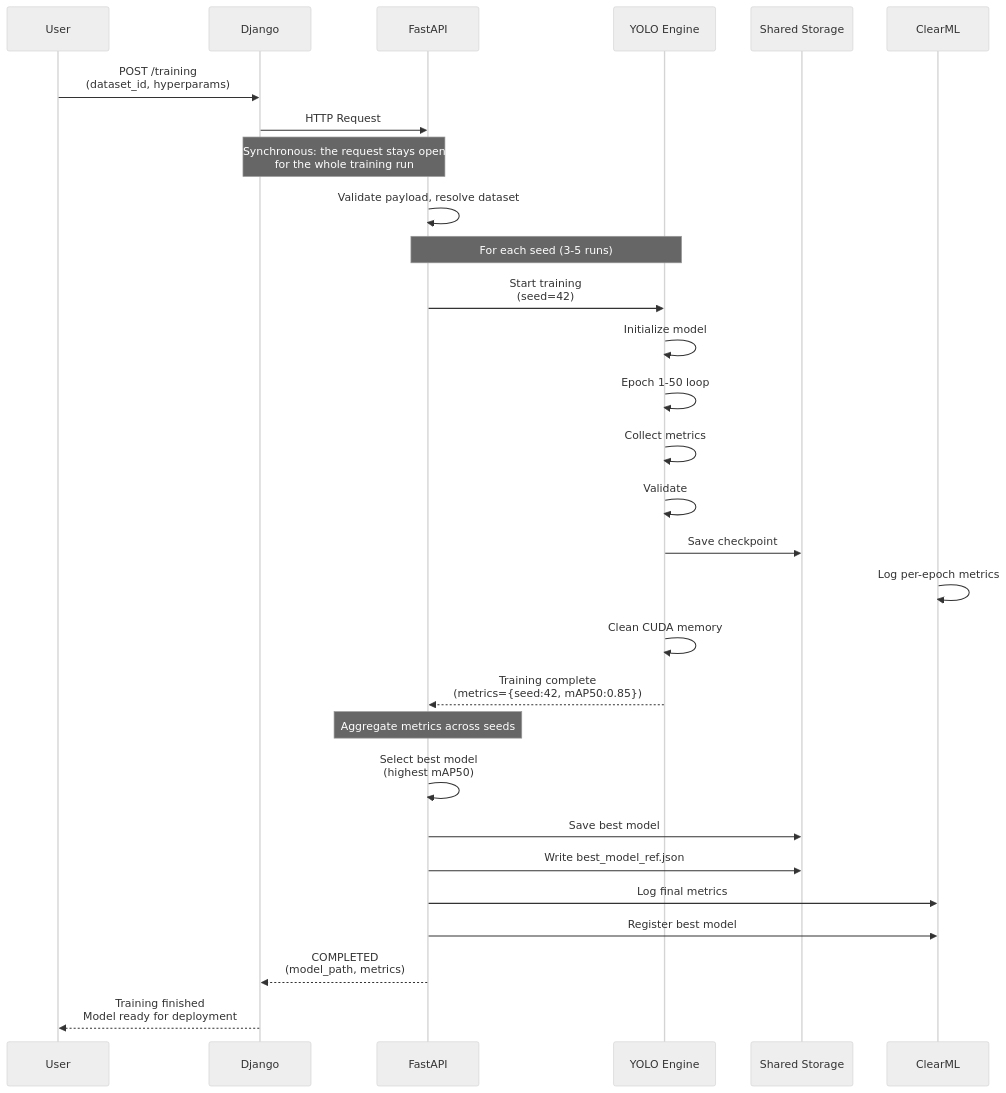
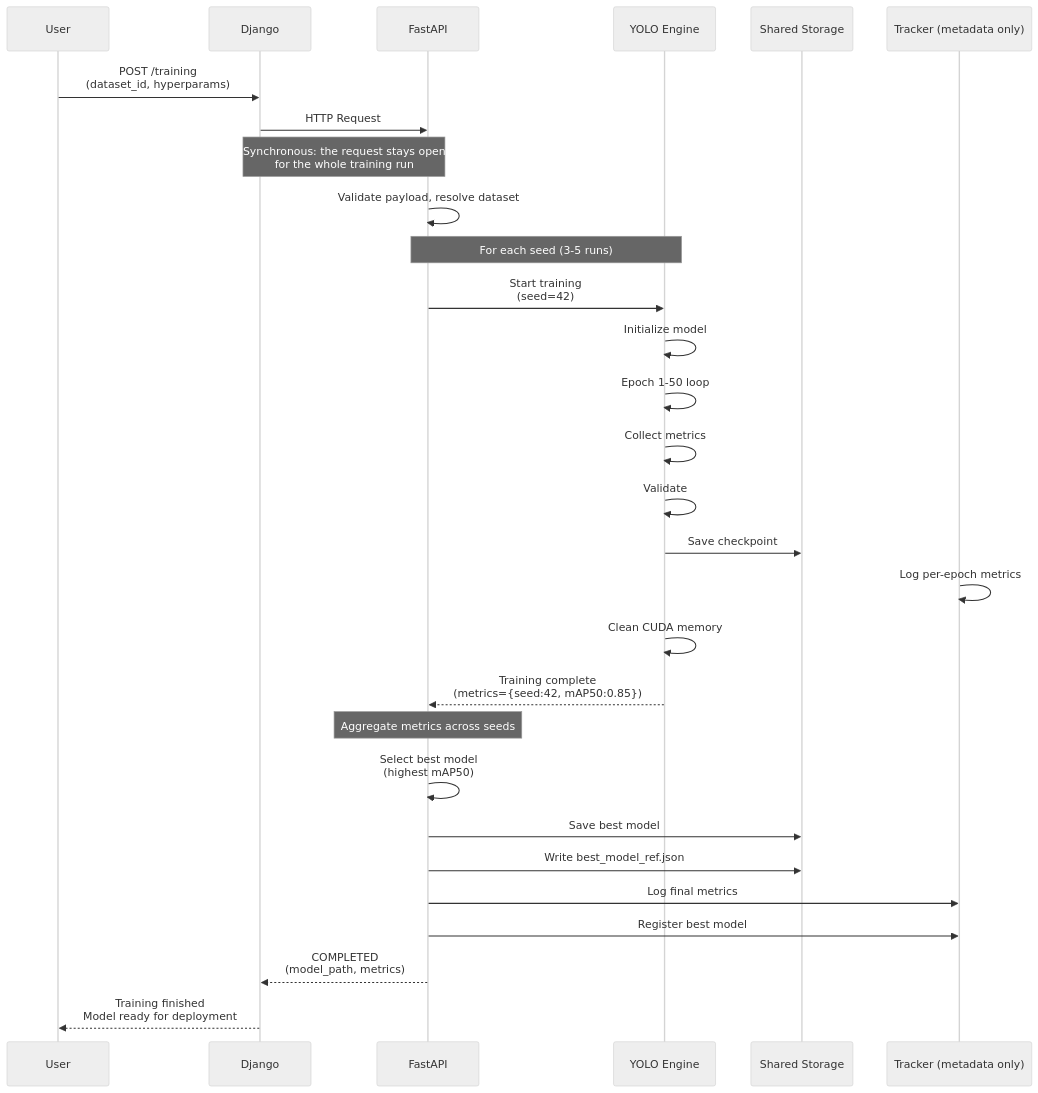
One commit to maaferna/yolo-training-inference-orchestration-architecture changed the diagram in diagrams/training-flow.mmd. Above: the diagram before and after it, drawn with Mermaid (neutral theme). The commit also changed 17 other files, not shown here.

```diff
--- a/diagrams/training-flow.mmd
+++ b/diagrams/training-flow.mmd
@@ -1,35 +1,35 @@
 sequenceDiagram
     participant User
     participant Django
     participant FastAPI
     participant YOLO as YOLO Engine
     participant Storage as Shared Storage
-    participant ClearML
+    participant Tracker as Tracker (metadata only)
     
     User->>Django: POST /training<br/>(dataset_id, hyperparams)
     Django->>FastAPI: HTTP Request
     Note over Django,FastAPI: Synchronous: the request stays open<br/>for the whole training run
     FastAPI->>FastAPI: Validate payload, resolve dataset
     
     Note over FastAPI,YOLO: For each seed (3-5 runs)
     FastAPI->>YOLO: Start training<br/>(seed=42)
     YOLO->>YOLO: Initialize model
     YOLO->>YOLO: Epoch 1-50 loop
     YOLO->>YOLO: Collect metrics
     YOLO->>YOLO: Validate
     YOLO->>Storage: Save checkpoint
-    ClearML->>ClearML: Log per-epoch metrics
+    Tracker->>Tracker: Log per-epoch metrics
     YOLO->>YOLO: Clean CUDA memory
     
     YOLO-->>FastAPI: Training complete<br/>(metrics={seed:42, mAP50:0.85})
     
     Note over FastAPI: Aggregate metrics across seeds
     FastAPI->>FastAPI: Select best model<br/>(highest mAP50)
     FastAPI->>Storage: Save best model
     FastAPI->>Storage: Write best_model_ref.json
     
-    FastAPI->>ClearML: Log final metrics
-    FastAPI->>ClearML: Register best model
+    FastAPI->>Tracker: Log final metrics
+    FastAPI->>Tracker: Register best model
     
     FastAPI-->>Django: COMPLETED<br/>(model_path, metrics)
     Django-->>User: Training finished<br/>Model ready for deployment
```
